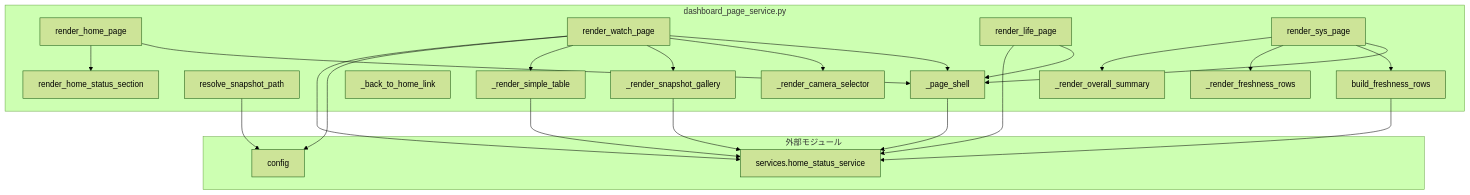
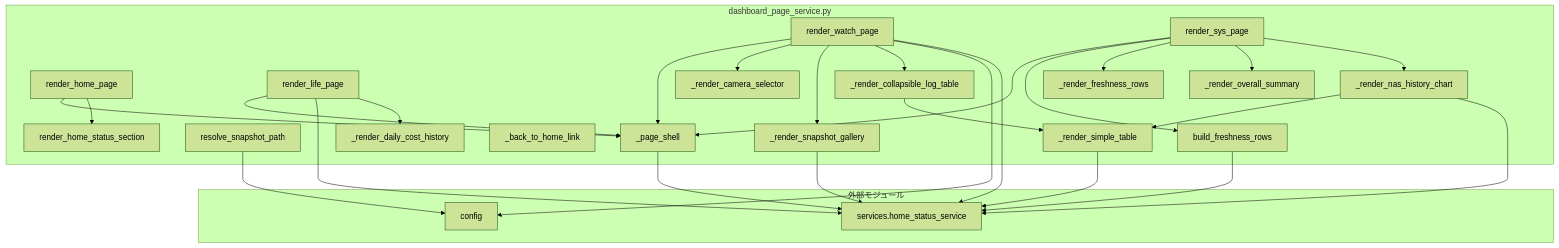
One commit to mmtigers/my_python_project changed the second of 2 diagrams in docs/specifications/MY_HOME_SYSTEM/dashboard_page_service.md. Above: the diagram before and after it, drawn with Mermaid (forest theme). The commit also changed other lines of this file and 5 other files, not shown here.

````diff
--- a/docs/specifications/MY_HOME_SYSTEM/dashboard_page_service.md
+++ b/docs/specifications/MY_HOME_SYSTEM/dashboard_page_service.md
@@ -645,44 +715,52 @@
 ```mermaid
 graph TD
     subgraph "dashboard_page_service.py"
         render_home_page
         render_watch_page
         render_life_page
         render_sys_page
         render_home_status_section
         resolve_snapshot_path
         build_freshness_rows
         _page_shell
         _back_to_home_link
         _render_camera_selector
         _render_snapshot_gallery
         _render_simple_table
+        _render_collapsible_log_table
         _render_freshness_rows
         _render_overall_summary
+        _render_daily_cost_history
+        _render_nas_history_chart
     end
 
     subgraph "外部モジュール"
         config
         home_status_service["services.home_status_service"]
     end
 
     render_home_page --> _page_shell
     render_home_page --> render_home_status_section
     render_watch_page --> _page_shell
     render_watch_page --> _render_camera_selector
     render_watch_page --> _render_snapshot_gallery
-    render_watch_page --> _render_simple_table
+    render_watch_page --> _render_collapsible_log_table
     render_watch_page --> config
     render_watch_page --> home_status_service
+    _render_collapsible_log_table --> _render_simple_table
     _render_snapshot_gallery --> home_status_service
     render_life_page --> _page_shell
     render_life_page --> home_status_service
+    render_life_page --> _render_daily_cost_history
     render_sys_page --> _page_shell
     render_sys_page --> build_freshness_rows
     render_sys_page --> _render_freshness_rows
     render_sys_page --> _render_overall_summary
+    render_sys_page --> _render_nas_history_chart
+    _render_nas_history_chart --> _render_simple_table
+    _render_nas_history_chart --> home_status_service
     build_freshness_rows --> home_status_service
     resolve_snapshot_path --> config
     _render_simple_table --> home_status_service
     _page_shell --> home_status_service
 ```
````
